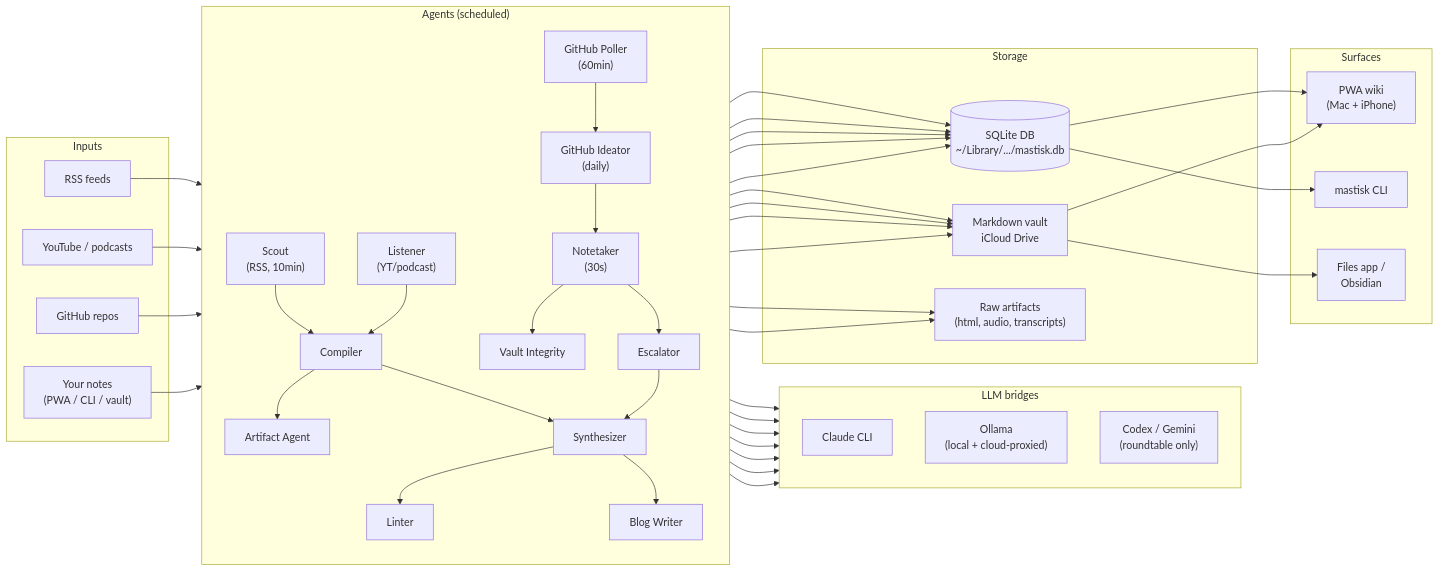
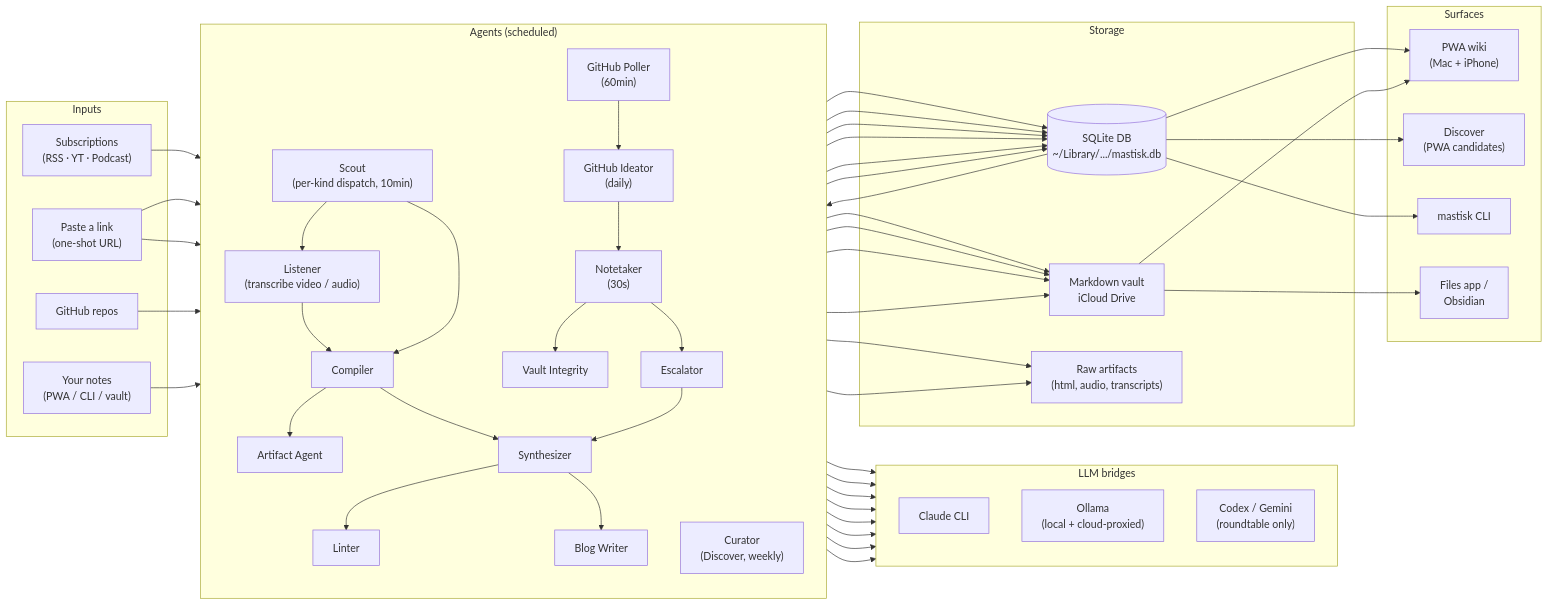
One commit to sgaurav/mastisk changed the first of 2 diagrams in README.md. Above: the diagram before and after it, drawn with Mermaid. The commit also changed other lines of this file, not shown here.

First line of the commit message:
docs: bring README up to date with Subscriptions, Discover, and the unified ingest model

````diff
--- a/README.md
+++ b/README.md
@@ -56,8 +60,8 @@
 ```mermaid
 flowchart LR
   subgraph IN["Inputs"]
-    RSS["RSS feeds"]
-    YT["YouTube / podcasts"]
+    SUB["Subscriptions<br/>(RSS · YT · Podcast)"]
+    PL["Paste a link<br/>(one-shot URL)"]
     GH["GitHub repos"]
     UN["Your notes<br/>(PWA / CLI / vault)"]
   end
@@ -71,8 +75,8 @@
 
   subgraph AG["Agents (scheduled)"]
     direction TB
-    SC["Scout<br/>(RSS, 10min)"]
-    LI["Listener<br/>(YT/podcast)"]
+    SC["Scout<br/>(per-kind dispatch, 10min)"]
+    LI["Listener<br/>(transcribe video / audio)"]
     NT["Notetaker<br/>(30s)"]
     GP["GitHub Poller<br/>(60min)"]
     GI["GitHub Ideator<br/>(daily)"]
@@ -81,6 +85,7 @@
     SY["Synthesizer"]
     BL["Blog Writer"]
     AR["Artifact Agent"]
+    CT["Curator<br/>(Discover, weekly)"]
     LN["Linter"]
     VI["Vault Integrity"]
   end
@@ -93,16 +98,19 @@
 
   subgraph OUT["Surfaces"]
     PWA["PWA wiki<br/>(Mac + iPhone)"]
+    DSC["Discover<br/>(PWA candidates)"]
     CLI["mastisk CLI"]
     FILES["Files app /<br/>Obsidian"]
   end
 
-  RSS --> SC
-  YT  --> LI
+  SUB --> SC
+  PL  --> CO
+  PL  --> LI
   GH  --> GP
   UN  --> NT
 
   SC --> CO
+  SC --> LI
   LI --> CO
   GP --> GI
   NT --> ES
@@ -114,6 +122,7 @@
   CO --> AR
   SY --> LN
   NT --> VI
+  DB --> CT
 
   CO --> BR
   ES --> BR
@@ -122,6 +131,7 @@
   GI --> BR
   NT --> BR
   AR --> BR
+  CT --> BR
 
   CO --> DB
   CO --> VA
@@ -134,9 +144,11 @@
   GP --> RA
   LI --> RA
   AR --> VA
+  CT --> DB
 
   DB --> PWA
   VA --> PWA
+  DB --> DSC
   DB --> CLI
   VA --> FILES
 ```
````
